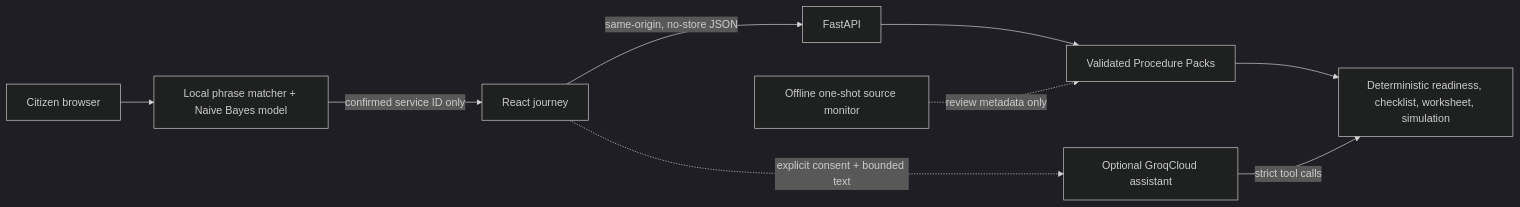
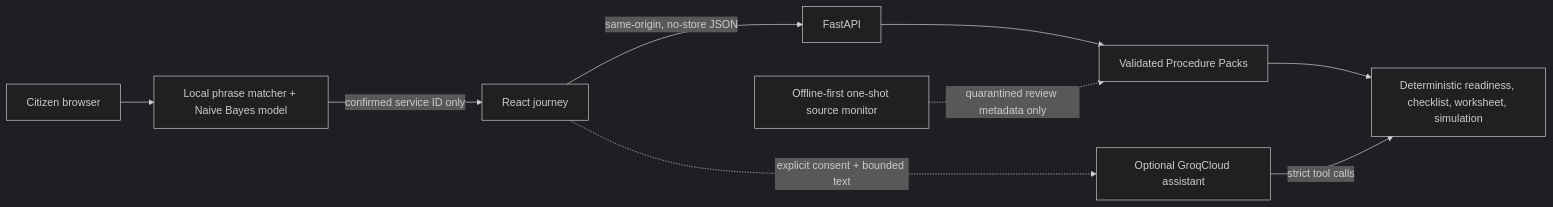
Before and after one commit to ima-a/Sahayi: the diagram in README.md, drawn with Mermaid (dark theme). The commit also changed other lines of this file and 18 other files, not shown here.

````diff
--- a/README.md
+++ b/README.md
@@ -32,11 +32,11 @@
 ```mermaid
 flowchart LR
     C[Citizen browser] --> L[Local phrase matcher + Naive Bayes model]
     L -->|confirmed service ID only| UI[React journey]
     UI -->|same-origin, no-store JSON| API[FastAPI]
     API --> P[Validated Procedure Packs]
     P --> R[Deterministic readiness, checklist, worksheet, simulation]
     UI -. explicit consent + bounded text .-> A[Optional GroqCloud assistant]
     A -->|strict tool calls| R
-    M[Offline one-shot source monitor] -. review metadata only .-> P
+    M[Offline-first one-shot source monitor] -. quarantined review metadata only .-> P
 ```
````
